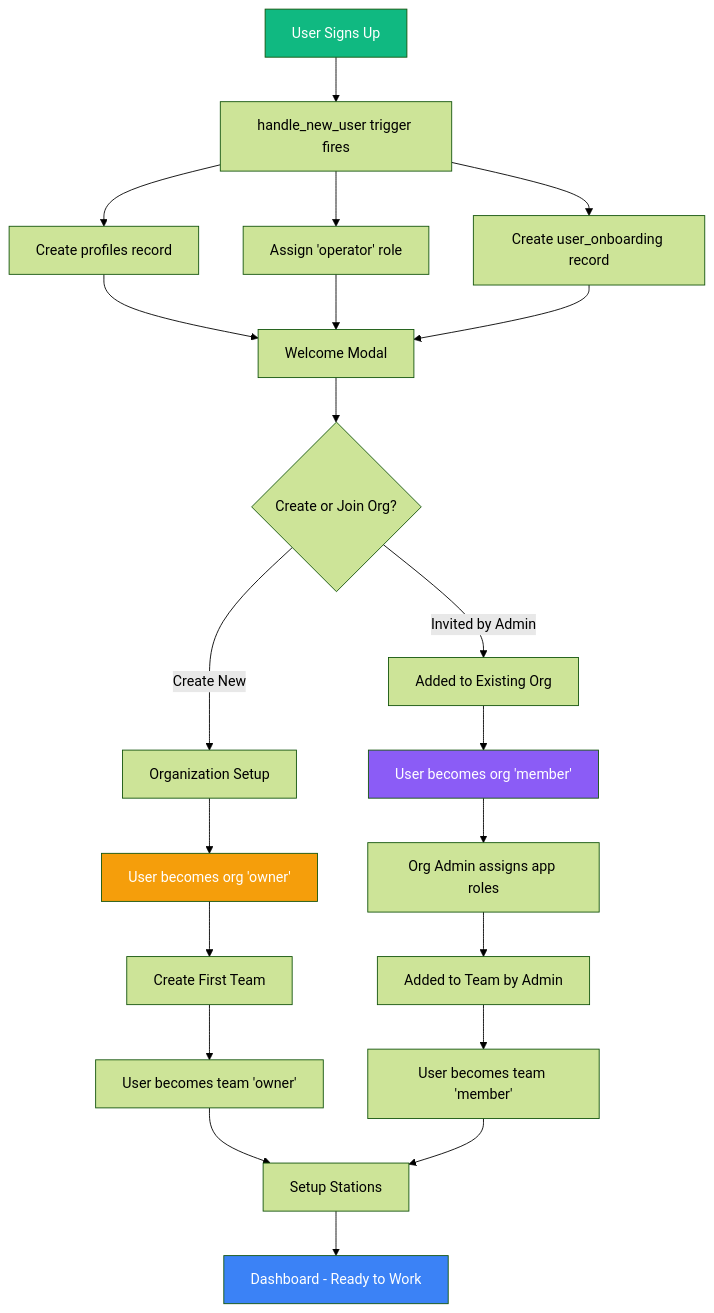
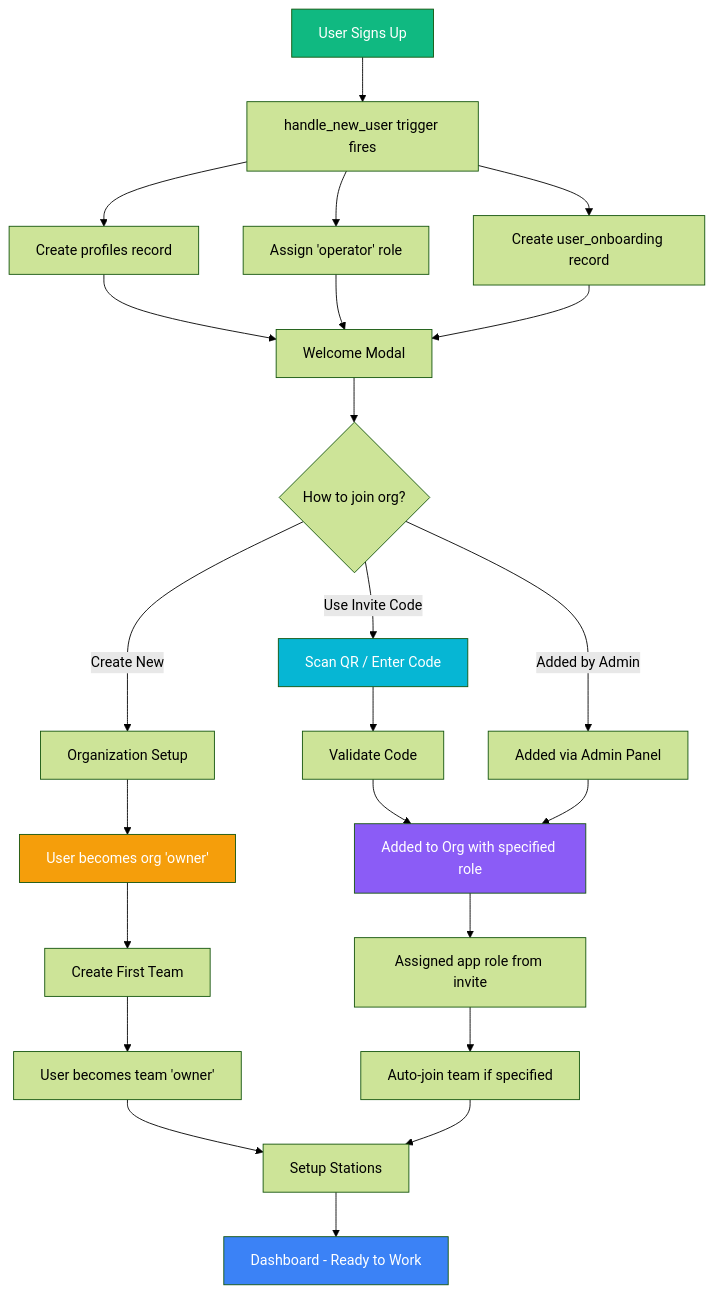
One commit to WeCr8-Solutions/shift-handover-hub changed the first of 6 diagrams in .lovable/user-role-architecture.md. Above: the diagram before and after it, drawn with Mermaid (forest theme). The commit also changed other lines of this file and 9 other files, not shown here.

````diff
--- a/.lovable/user-role-architecture.md
+++ b/.lovable/user-role-architecture.md
@@ -64,30 +64,34 @@
 ```mermaid
 flowchart TD
     A[User Signs Up] --> B[handle_new_user trigger fires]
     B --> C[Create profiles record]
     B --> D[Assign 'operator' role]
     B --> E[Create user_onboarding record]
     
     C & D & E --> F[Welcome Modal]
-    F --> G{Create or Join Org?}
+    F --> G{How to join org?}
     
     G -->|Create New| H[Organization Setup]
     H --> I[User becomes org 'owner']
     I --> J[Create First Team]
     J --> K[User becomes team 'owner']
     
-    G -->|Invited by Admin| L[Added to Existing Org]
-    L --> M[User becomes org 'member']
-    M --> N[Org Admin assigns app roles]
-    N --> O[Added to Team by Admin]
-    O --> P[User becomes team 'member']
+    G -->|Use Invite Code| L1[Scan QR / Enter Code]
+    L1 --> L2[Validate Code]
+    L2 --> M[Added to Org with specified role]
+    M --> N[Assigned app role from invite]
+    N --> O[Auto-join team if specified]
+    
+    G -->|Added by Admin| L[Added via Admin Panel]
+    L --> M
     
     K --> Q[Setup Stations]
-    P --> Q
+    O --> Q
     Q --> R[Dashboard - Ready to Work]
     
     style A fill:#10b981,color:#fff
     style R fill:#3b82f6,color:#fff
     style I fill:#f59e0b,color:#fff
     style M fill:#8b5cf6,color:#fff
+    style L1 fill:#06b6d4,color:#fff
 ```
````
